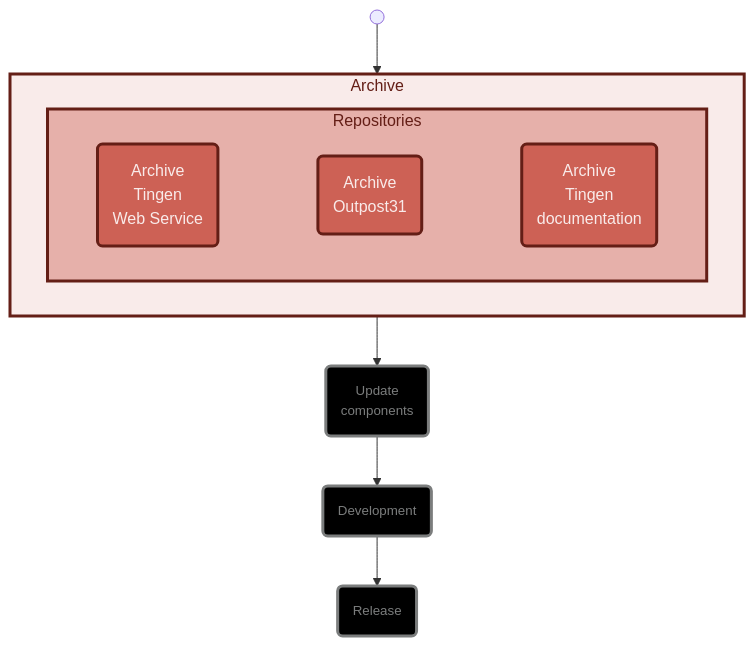
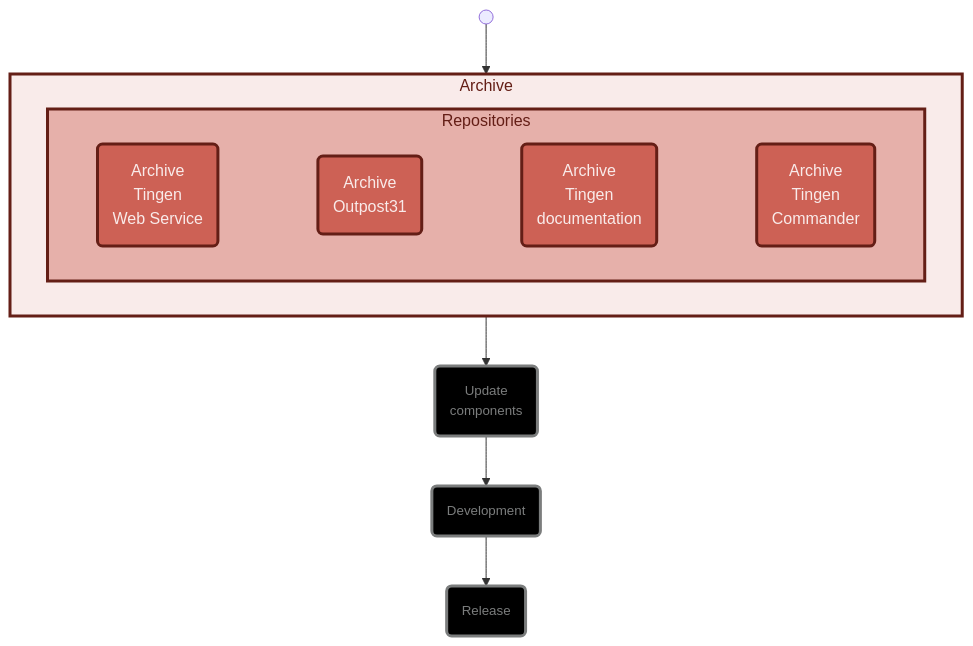
The second of 5 diagrams in Development/development-workflows.md (spectrum-health-systems/tingen-documentation), drawn with Mermaid before and after one commit. The commit also changed other lines of this file and 2 other files, not shown here.

````diff
--- a/Development/development-workflows.md
+++ b/Development/development-workflows.md
@@ -52,30 +52,31 @@
 ```mermaid
 flowchart TB
   %% Components
   Start@{shape: sm-circ, label: "Start the workflow\n[sm-circ]"}
   UpdateComponents@{shape: rounded, label: "Update\ncomponents"}
   Development@{shape: rounded, label: "Development"}
   Release@{shape: rounded, label: "Release"}
   %% Subgraphs
   subgraph _Archive ["Archive"]
     direction LR
       subgraph _ArchiveRepositories ["Repositories"]
         direction LR
         %% Components
         ArchiveTingenWebService@{shape: rounded, label: "Archive\nTingen\nWeb Service"}
         ArchiveOutpost31@{shape: rounded, label: "Archive\nOutpost31"}
         ArchiveTingenDocumentation@{shape: rounded, label: "Archive\nTingen\ndocumentation"}
+        ArchiveTingenCommander@{shape: rounded, label: "Archive\nTingen\nCommander"}
         %% Layout
-        ArchiveTingenWebService:::R7_ ~~~ ArchiveOutpost31:::R7_ ~~~ ArchiveTingenDocumentation:::R7_
+        ArchiveTingenWebService:::R7_ ~~~ ArchiveOutpost31:::R7_ ~~~ ArchiveTingenDocumentation:::R7_ ~~~ ArchiveTingenCommander:::R7_
       end
   end
   %% Layout
   Start --> _Archive:::R5_ --> UpdateComponents:::B7a_ --> Development:::B7a_ --> Release:::B7a_
   _ArchiveRepositories:::R6_   
   %% Styles
   classDef R5_ stroke:#641e16,stroke-width:3px,fill:#f9ebea,color:#641e16
   classDef R6_ stroke:#641e16,stroke-width:3px,fill:#E6B0AA,color:#641e16
   classDef R7_ stroke:#641e16,stroke-width:3px,fill:#CD6155,color:#f9ebea
   classDef B7a_ stroke:#7b7d7d,stroke-width:3px,fill:#000000,color:#7b7d7d,font-size: 10pt
   classDef Hidden display: none;
 ```
````
